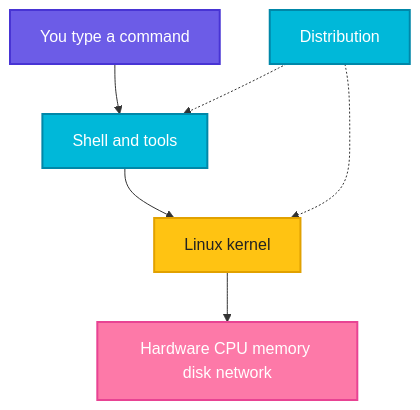
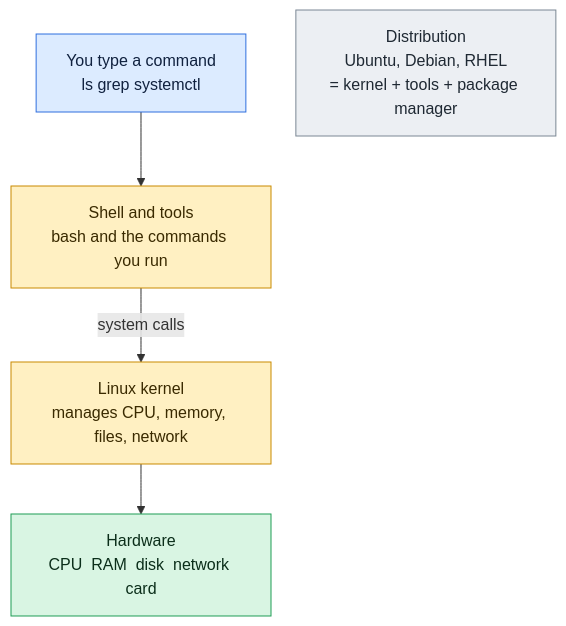
One commit to codeKerdosTech/DevOps-Documentation changed the diagram in linux/fundamentals/01-what-is-linux.md. Above: the diagram before and after it, drawn with Mermaid. The commit also changed other lines of this file and 165 other files, not shown here.

Commit message:
updated diagrams in linux

````diff
--- a/linux/fundamentals/01-what-is-linux.md
+++ b/linux/fundamentals/01-what-is-linux.md
@@ -17,17 +17,16 @@
 ```mermaid
 flowchart TD
-    A[You type a command] --> B[Shell and tools]
-    B --> C[Linux kernel]
-    C --> D[Hardware CPU memory disk network]
-    E[Distribution] -.-> B
-    E -.-> C
-    classDef start fill:#6C5CE7,stroke:#4834D4,stroke-width:2px,color:#fff
-    classDef proc fill:#00B8D9,stroke:#0087A8,stroke-width:2px,color:#fff
-    classDef dec fill:#FFC312,stroke:#E1A100,stroke-width:2px,color:#222
-    classDef ok fill:#2ECC71,stroke:#1E8449,stroke-width:2px,color:#fff
-    classDef out fill:#FD79A8,stroke:#E84393,stroke-width:2px,color:#fff
-    class A start
-    class B,E proc
-    class C dec
-    class D out
+    i1[You type a command<br/>ls   grep   systemctl] --> c1[Shell and tools<br/>bash and the commands you run]
+    c1 -->|system calls| c2[Linux kernel<br/>manages CPU, memory, files, network]
+    c2 --> o1[Hardware<br/>CPU  RAM  disk  network card]
+    n1[Distribution<br/>Ubuntu, Debian, RHEL<br/>= kernel + tools + package manager]
+    classDef inp fill:#DCEBFF,stroke:#2F6FDE,color:#10213F
+    classDef cmd fill:#FFF0C2,stroke:#C98A00,color:#3A2A00
+    classDef out fill:#D9F5E3,stroke:#1F9D55,color:#0B2E1A
+    classDef bad fill:#FDE0E0,stroke:#D13B3B,color:#4A0F0F
+    classDef note fill:#ECEFF3,stroke:#7B8794,color:#1F2933
+    class i1 inp
+    class c1,c2 cmd
+    class o1 out
+    class n1 note
 ```
````
